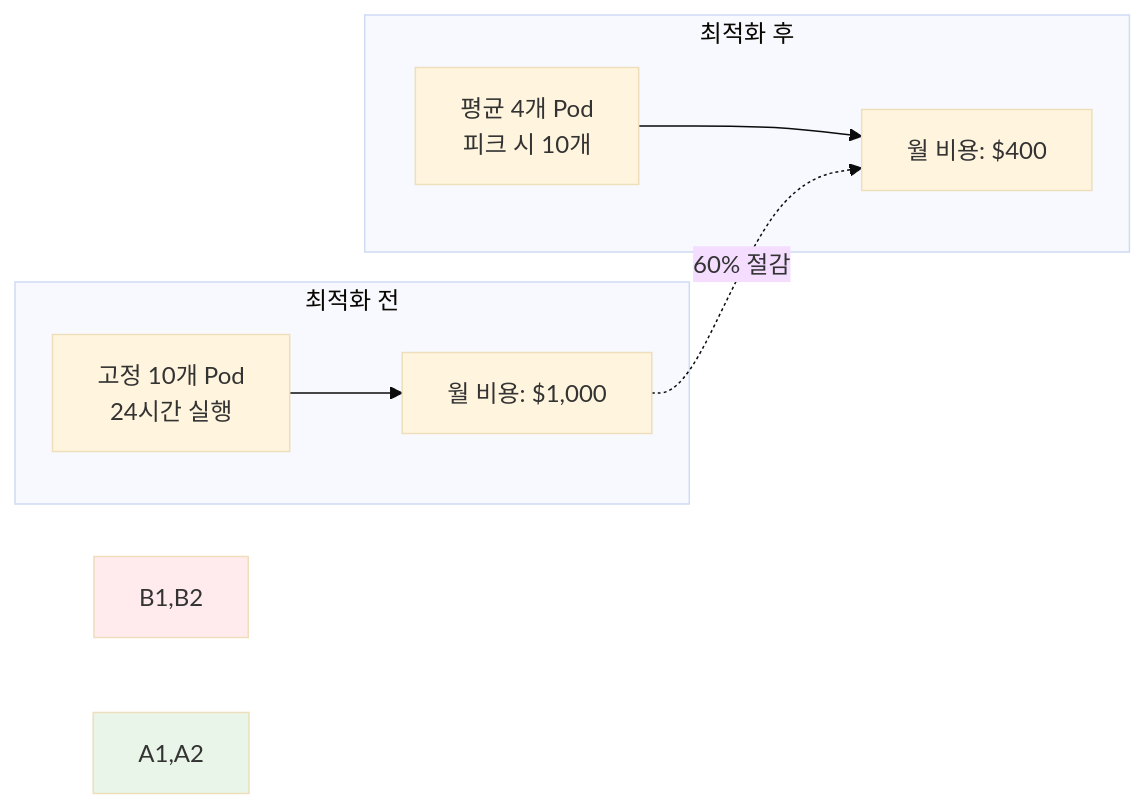
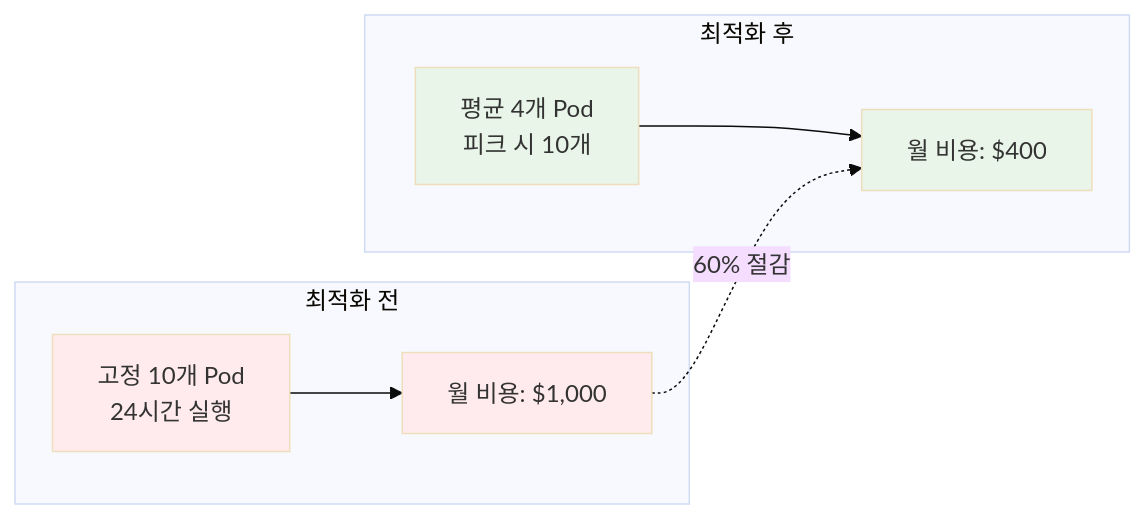
The eighth of 8 diagrams in theory/week_04/day5/session_1.md (niceguy61/kdt_devops_lecture_2025), drawn with Mermaid (base theme) before and after one commit. The commit also changed 2 other files, not shown here.

Commit message:
mermaid style 변경

````diff
--- a/theory/week_04/day5/session_1.md
+++ b/theory/week_04/day5/session_1.md
@@ -352,20 +352,22 @@
 ```mermaid
 graph LR
     subgraph "최적화 전"
         B1[고정 10개 Pod<br/>24시간 실행]
         B2[월 비용: $1,000]
     end
     
     subgraph "최적화 후"
         A1[평균 4개 Pod<br/>피크 시 10개]
         A2[월 비용: $400]
     end
     
     B1 --> B2
     A1 --> A2
     
     B2 -.->|60% 절감| A2
     
-    style B1,B2 fill:#ffebee
-    style A1,A2 fill:#e8f5e8
+    style B1 fill:#ffebee
+    style B2 fill:#ffebee
+    style A1 fill:#e8f5e8
+    style A2 fill:#e8f5e8
 ```
````
